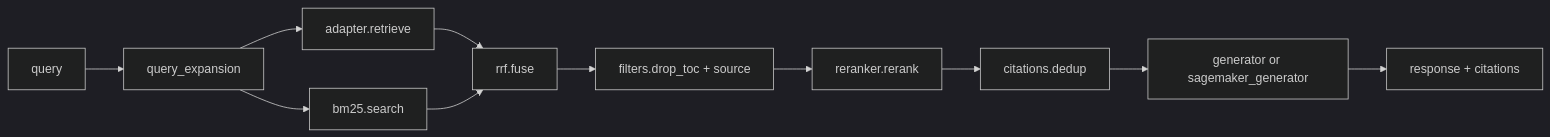
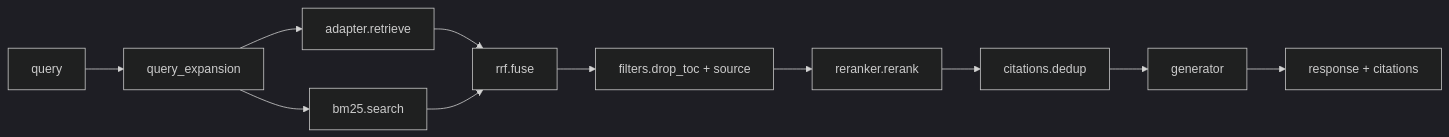
Before and after one commit to davenjeru/haki-ai: the diagram in backend/rag/CLAUDE.md, drawn with Mermaid (dark theme). The commit also changed other lines of this file and 38 other files, not shown here.

````diff
--- a/backend/rag/CLAUDE.md
+++ b/backend/rag/CLAUDE.md
@@ -37,13 +34,13 @@
 ```mermaid
 flowchart LR
   q[query] --> qe[query_expansion]
   qe --> dense[adapter.retrieve]
   qe --> sparse[bm25.search]
   dense --> rrf[rrf.fuse]
   sparse --> rrf
   rrf --> flt[filters.drop_toc + source]
   flt --> rr[reranker.rerank]
   rr --> dd[citations.dedup]
-  dd --> gen[generator or sagemaker_generator]
+  dd --> gen[generator]
   gen --> out[response + citations]
 ```
````
